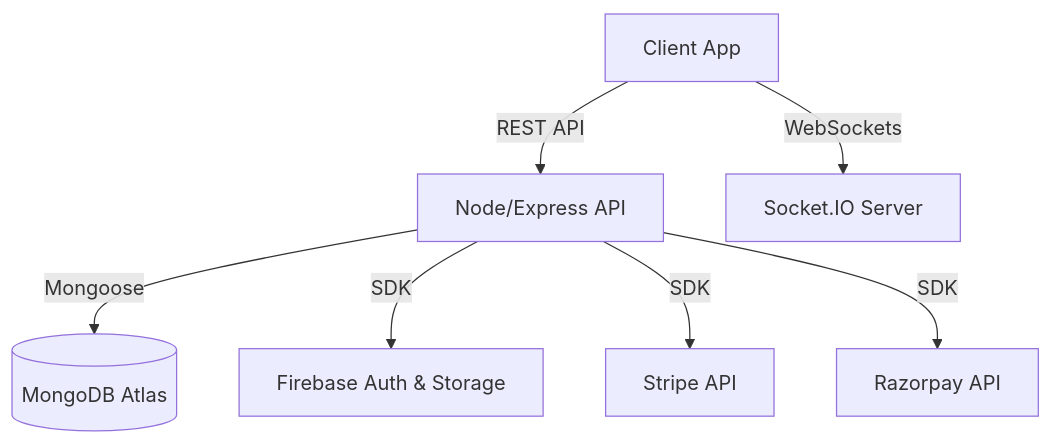
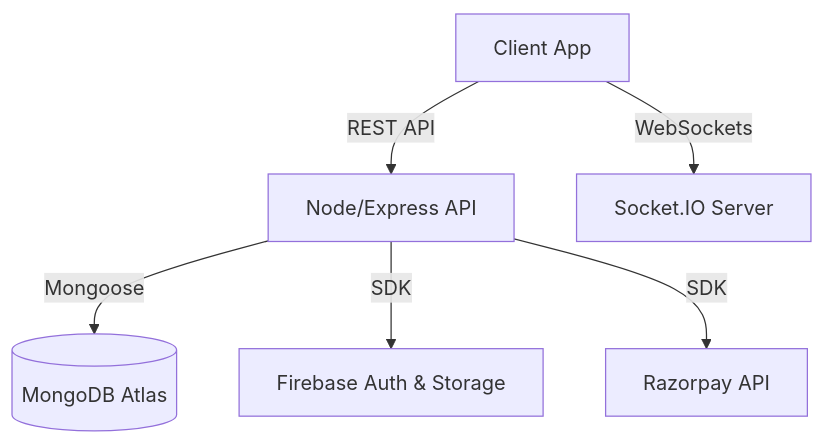
Before and after one commit to bhumitsoni20/Prime-net: the diagram in README.md, drawn with Mermaid. The commit also changed other lines of this file and 13 other files, not shown here.

````diff
--- a/README.md
+++ b/README.md
@@ -104,9 +104,8 @@
 ```mermaid
 graph TD;
     Client[Client App] -->|REST API| Server[Node/Express API];
     Client -->|WebSockets| SocketIO[Socket.IO Server];
     Server -->|Mongoose| Database[(MongoDB Atlas)];
     Server -->|SDK| Firebase[Firebase Auth & Storage];
-    Server -->|SDK| Stripe[Stripe API];
     Server -->|SDK| Razorpay[Razorpay API];
 ```
````
